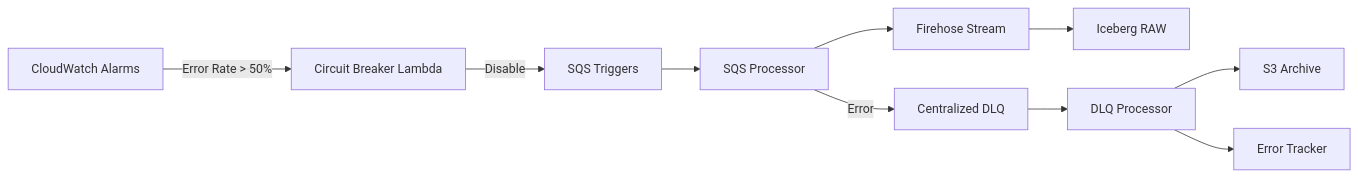
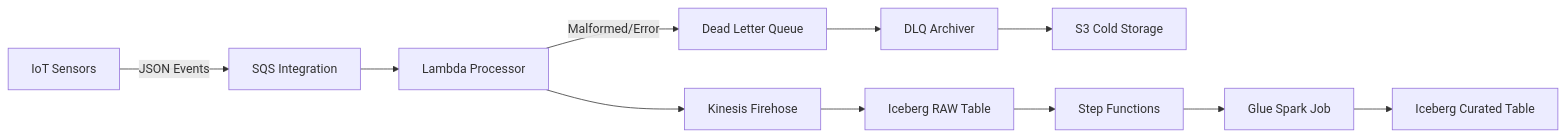
Before and after one commit to howithzer/lean-ops: the diagram in README.md, drawn with Mermaid. The commit also changed other lines of this file, not shown here.

````diff
--- a/README.md
+++ b/README.md
@@ -7,16 +9,22 @@
 ```mermaid
 graph LR
-    SQS[SQS Triggers] --> Lambda[SQS Processor]
-    Lambda --> Firehose[Firehose Stream]
-    Firehose --> Iceberg[Iceberg RAW]
+    %% Sources
+    IoT[IoT Sensors] -->|JSON Events| SQS[SQS Integration]
+
+    %% Ingestion Layer
+    SQS --> Processor[Lambda Processor]
+    Processor --> Firehose[Kinesis Firehose]
     
-    %% Fail-Aware Path
-    Lambda -- Error --> DLQ[Centralized DLQ]
-    DLQ --> DLQProc[DLQ Processor]
-    DLQProc --> S3Archive[S3 Archive]
-    DLQProc --> DynamoDB[Error Tracker]
-    
-    %% Circuit Breaker
-    CW[CloudWatch Alarms] -- Error Rate > 50% --> CB[Circuit Breaker Lambda]
-    CB -- Disable --> SQS
+    %% Resilience Path
+    Processor -- Malformed/Error --> DLQ[Dead Letter Queue]
+    DLQ --> DLQProc[DLQ Archiver]
+    DLQProc --> S3Archive[S3 Cold Storage]
+
+    %% Storage Layer (RAW)
+    Firehose --> IcebergRAW[Iceberg RAW Table]
+
+    %% Curation Layer
+    IcebergRAW --> Orchestrator[Step Functions]
+    Orchestrator --> CurateJob[Glue Spark Job]
+    CurateJob --> IcebergCurated[Iceberg Curated Table]
 ```
````
